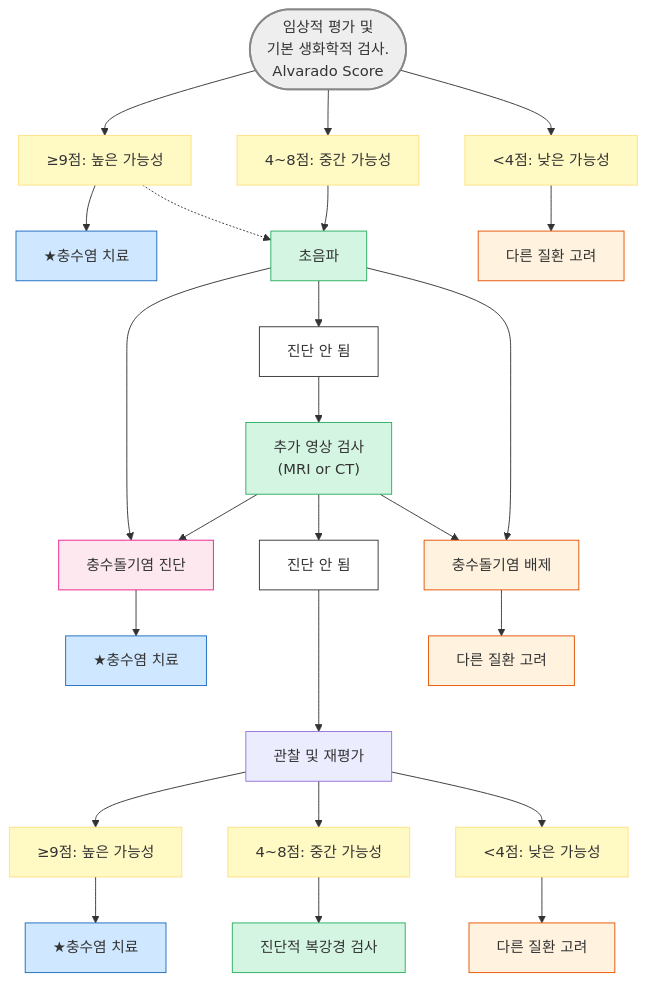
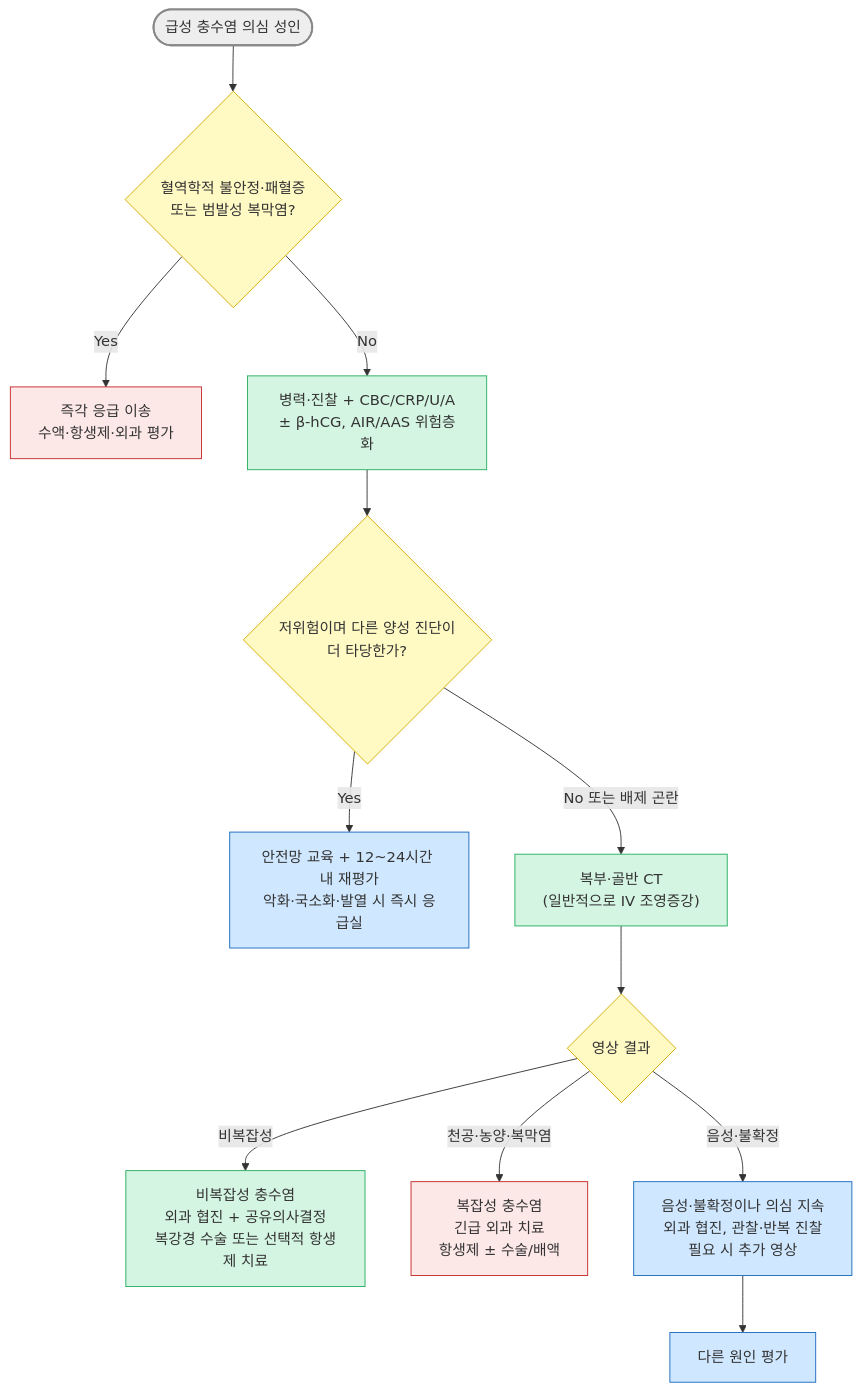
One commit to familyoh77/familyoh77 changed the diagram in 224_/088_-acute-appendicitis.md. Above: the diagram before and after it, drawn with Mermaid. The commit also changed other lines of this file and 15 other files, not shown here.

````diff
--- a/224_/088_-acute-appendicitis.md
+++ b/224_/088_-acute-appendicitis.md
@@ -129,54 +132,37 @@
 ```mermaid
 graph TD
 
-B(["임상적 평가 및 <br/>기본 생화학적 검사.<br/>Alvarado Score"])
-C0["≥9점: 높은 가능성"]
-C1["4~8점: 중간 가능성"]
-C2["<4점: 낮은 가능성"]
-D["초음파"]
-D1["충수돌기염 진단"]
-D2["충수돌기염 배제"]
-E["진단 안 됨"]
-F["추가 영상 검사<br/>(MRI or CT)"]
-G["진단 안 됨"]
-H["관찰 및 재평가"]
-J0["≥9점: 높은 가능성"]
-J1["4~8점: 중간 가능성"]
-J2["<4점: 낮은 가능성"]
-K["진단적 복강경 검사"]
-L0["★충수염 치료"]
-L1["★충수염 치료"]
-L2["★충수염 치료"]
-M0["다른 질환 고려"]
-M1["다른 질환 고려"]
-M2["다른 질환 고려"]
+A(["급성 충수염 의심 성인"])
+B{"혈역학적 불안정·패혈증<br/>또는 범발성 복막염?"}
+C["즉각 응급 이송<br/>수액·항생제·외과 평가"]
+D["병력·진찰 + CBC/CRP/U/A<br/>± β-hCG, AIR/AAS 위험층화"]
+E{"저위험이며 다른 양성 진단이<br/>더 타당한가?"}
+F["안전망 교육 + 12~24시간 내 재평가<br/>악화·국소화·발열 시 즉시 응급실"]
+G["복부·골반 CT<br/>(일반적으로 IV 조영증강)"]
+H{"영상 결과"}
+I["비복잡성 충수염<br/>외과 협진 + 공유의사결정<br/>복강경 수술 또는 선택적 항생제 치료"]
+J["복잡성 충수염<br/>긴급 외과 치료<br/>항생제 ± 수술/배액"]
+K["음성·불확정이나 의심 지속<br/>외과 협진, 관찰·반복 진찰<br/>필요 시 추가 영상"]
+L["다른 원인 평가"]
 
-B --> C0 --> L1
-B --> C1 --> D
-B --> C2 --> M1
-C0 -.-> D
-D --> D1
-F --> D1
-D1 --> L0
-D --> E --> F --> G ---> H
-D --> D2
-F --> D2
-D2 --> M0
-H --> J0 --> L2
-H --> J1 --> K
-H --> J2 --> M2
+A --> B
+B -- "Yes" --> C
+B -- "No" --> D --> E
+E -- "Yes" --> F
+E -- "No 또는 배제 곤란" --> G --> H
+H -- "비복잡성" --> I
+H -- "천공·농양·복막염" --> J
+H -- "음성·불확정" --> K
+K --> L
 
-style B fill:#eeeeee,stroke:#888888,stroke-width:2px
- classDef blue fill:#d0e8ff,stroke:#1a6abf
-class L0,L1,L2 blue
-classDef orange50 fill:#fff3e0,stroke:#e65100
-class M0,M1,M2,D2 orange50
-classDef pink fill:#fde8f0,stroke:#e91e8c
-class D1 pink
+classDef gray fill:#eeeeee,stroke:#888888,stroke-width:2px
+class A gray
+classDef red fill:#fde8e8,stroke:#c62828
+class C,J red
 classDef green fill:#d5f5e3,stroke:#27ae60
-class B,K,D,F green
-classDef yellow fill:#fff9c4,stroke:#ffe082
-class C0,C1,C2,J0,J1,J2 yellow
-classDef white fill:#fff,stroke:#333
-class E,G white
+class D,G,I green
+classDef yellow fill:#fff9c4,stroke:#d4a900
+class B,E,H yellow
+classDef blue fill:#d0e8ff,stroke:#1a6abf
+class F,K,L blue
 ```
````
